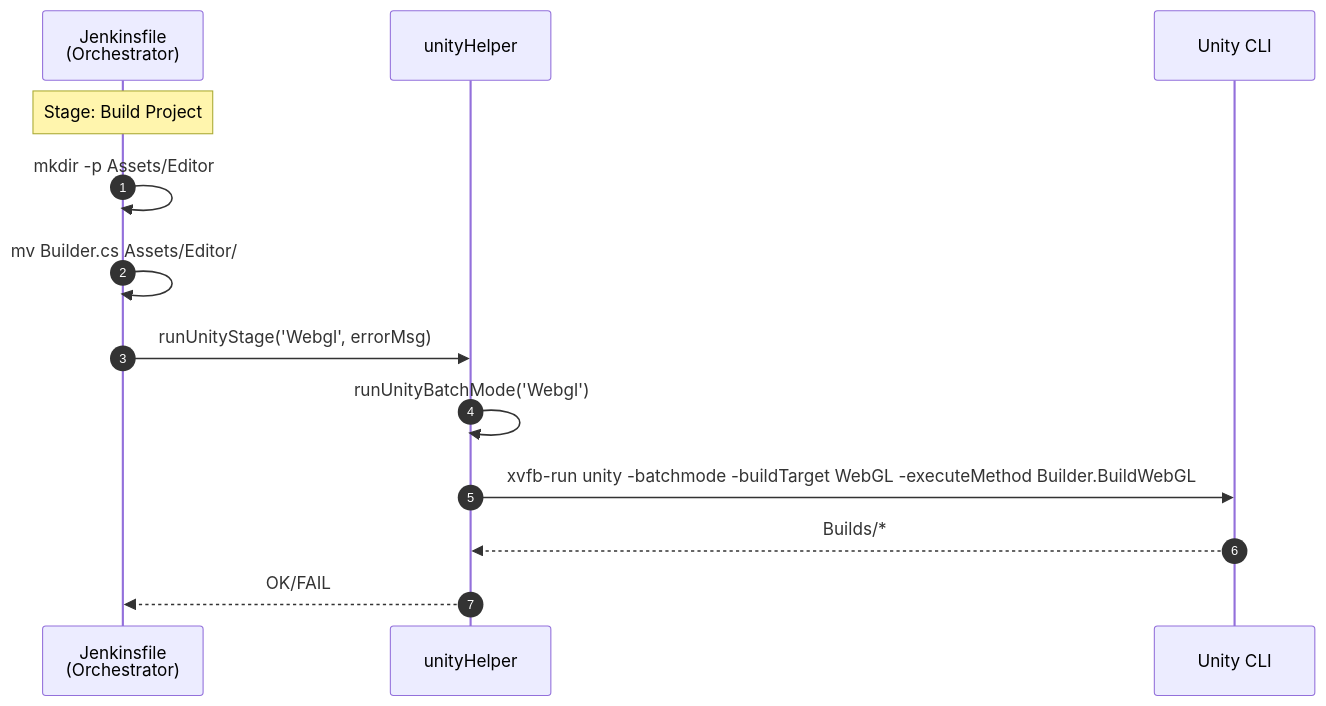
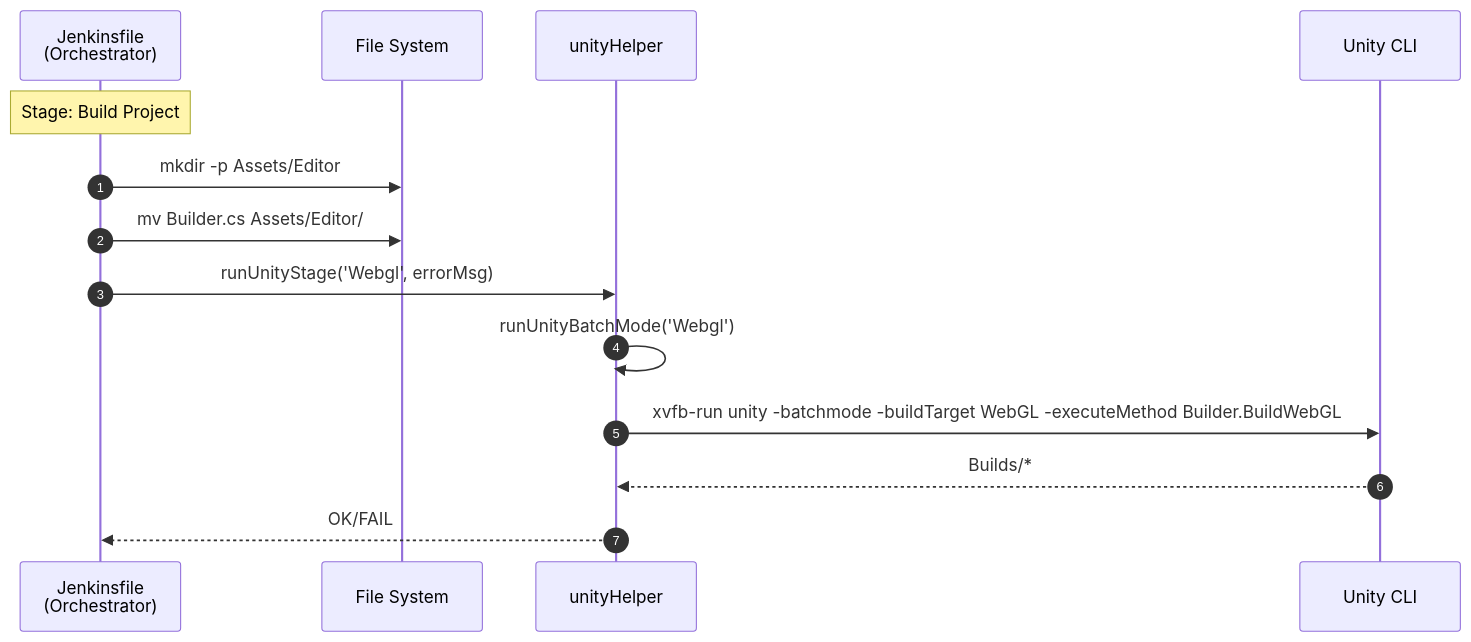
The seventh of 9 diagrams in Voyages/Projects/VARLab-work-transfer/portfolios/devops-jenkins-linux/4-layer-architecture-and-logger-system-integration/problem-analysis/pipeline-sequence-diagrams/dlx-cd.md (JindoKimKor/Self-Binnacle), drawn with Mermaid before and after one commit. The commit also changed other lines of this file and 55 other files, not shown here.

First line of the commit message:
refactor(4-layer-architecture): Standardize analysis document naming and format

````diff
--- a/Voyages/Projects/VARLab-work-transfer/portfolios/devops-jenkins-linux/4-layer-architecture-and-logger-system-integration/problem-analysis/pipeline-sequence-diagrams/dlx-cd.md
+++ b/Voyages/Projects/VARLab-work-transfer/portfolios/devops-jenkins-linux/4-layer-architecture-and-logger-system-integration/problem-analysis/pipeline-sequence-diagrams/dlx-cd.md
@@ -215,19 +245,20 @@
 ```mermaid
 sequenceDiagram
     autonumber
 
     participant JF as Jenkinsfile<br/>(Orchestrator)
+    participant FS as File System
     participant UH as unityHelper
     participant Unity as Unity CLI
 
     Note over JF: Stage: Build Project
 
-    JF->>JF: mkdir -p Assets/Editor
-    JF->>JF: mv Builder.cs Assets/Editor/
+    JF->>FS: mkdir -p Assets/Editor
+    JF->>FS: mv Builder.cs Assets/Editor/
 
     JF->>UH: runUnityStage('Webgl', errorMsg)
     UH->>UH: runUnityBatchMode('Webgl')
     UH->>Unity: xvfb-run unity -batchmode -buildTarget WebGL -executeMethod Builder.BuildWebGL
     Unity-->>UH: Builds/*
     UH-->>JF: OK/FAIL
 ```
````
